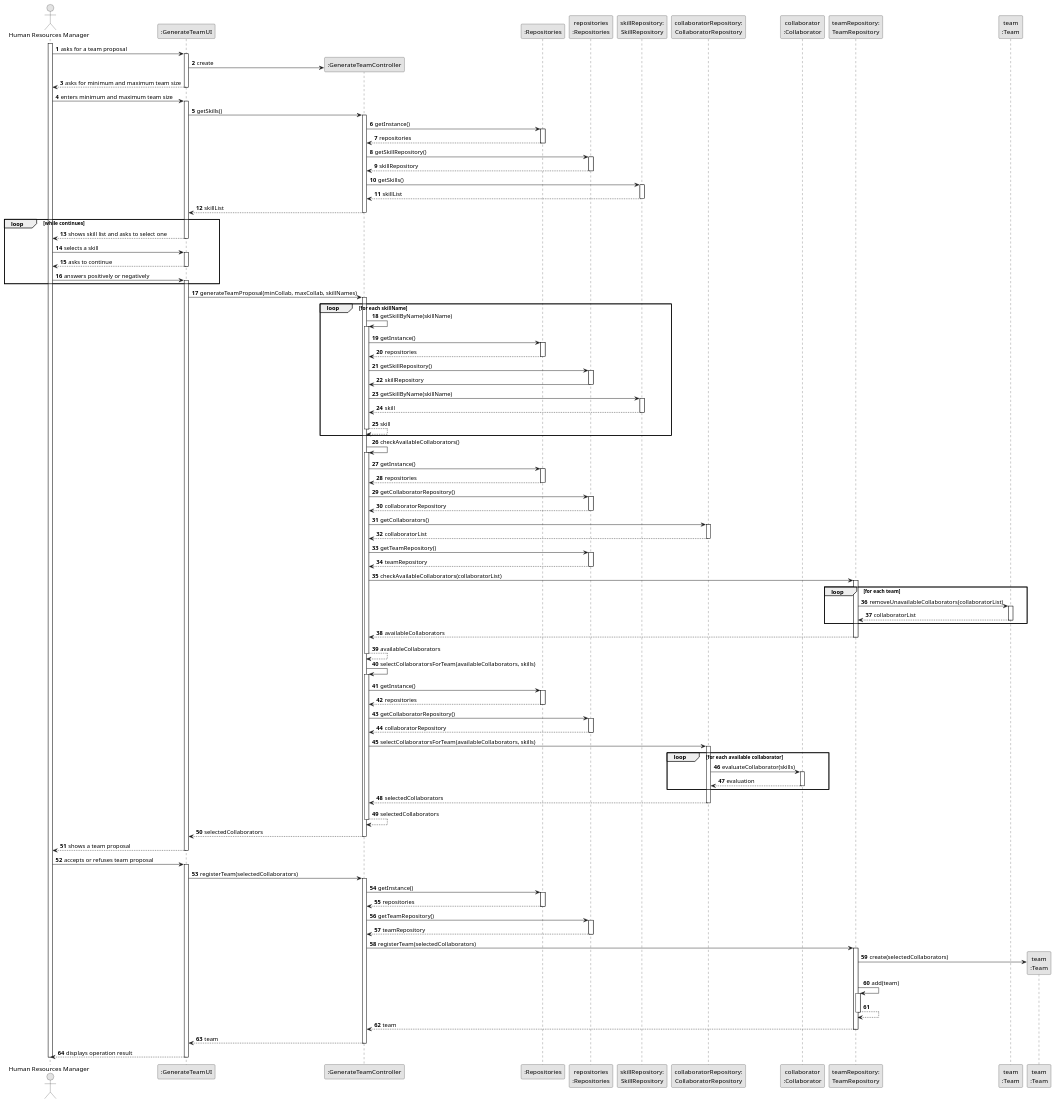
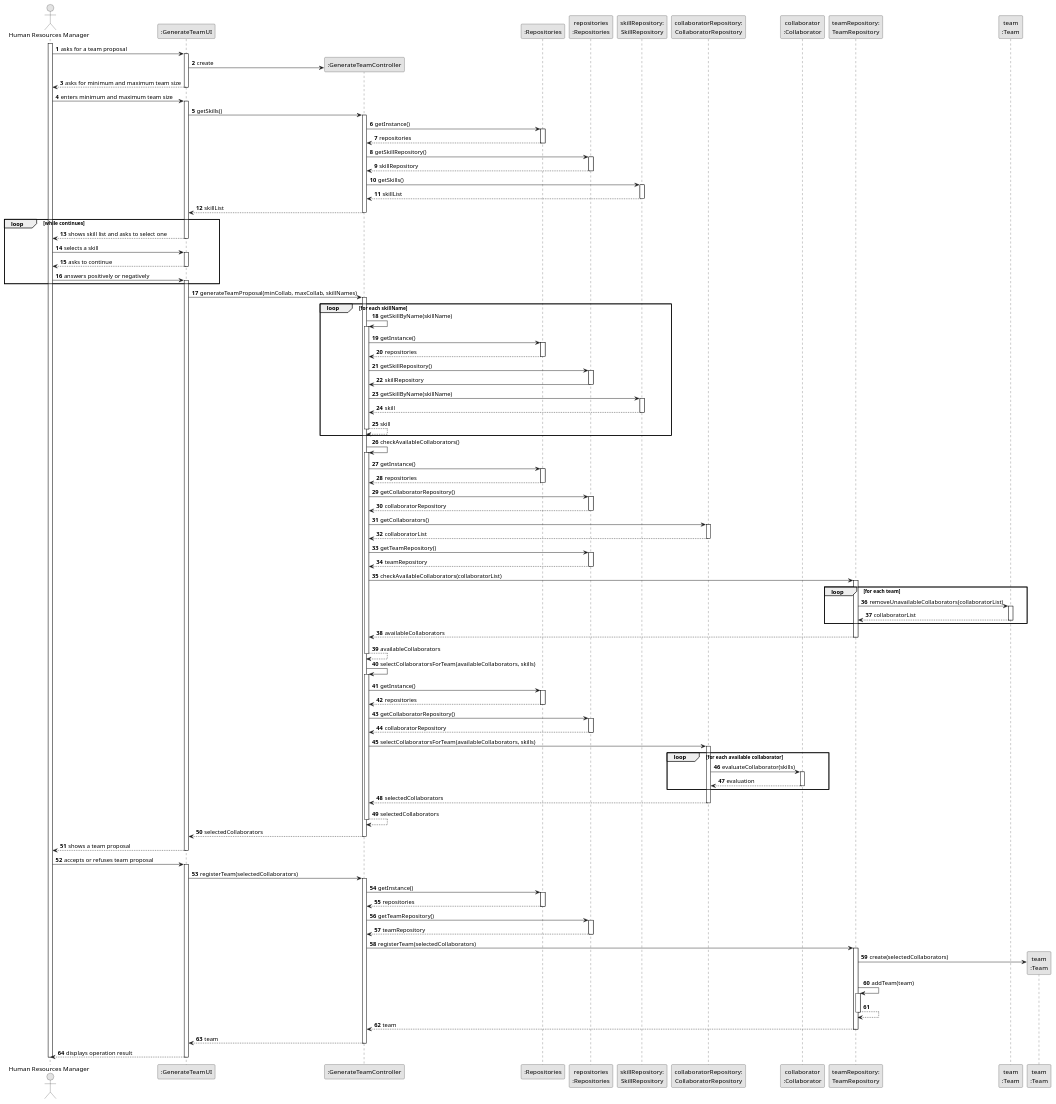
Before and after one commit to Departamento-de-Engenharia-Informatica/lei-24-s2-1dm-g132: the diagram in docs/sprintB/us005/03.design/puml/us005-sequence-diagram-full.puml, drawn with PlantUML. The commit also changed 6 other files, not shown here.

Commit message:
US005 class diagram and minor sequence diagram update

```diff
--- a/docs/sprintB/us005/03.design/puml/us005-sequence-diagram-full.puml
+++ b/docs/sprintB/us005/03.design/puml/us005-sequence-diagram-full.puml
@@ -214,7 +214,7 @@
             activate TeamRepository
 
                 TeamRepository -> TEAM** : create(selectedCollaborators)
-                TeamRepository -> TeamRepository : add(team)
+                TeamRepository -> TeamRepository : addTeam(team)
                 activate TeamRepository
                 TeamRepository --> TeamRepository
                 deactivate TeamRepository
```
